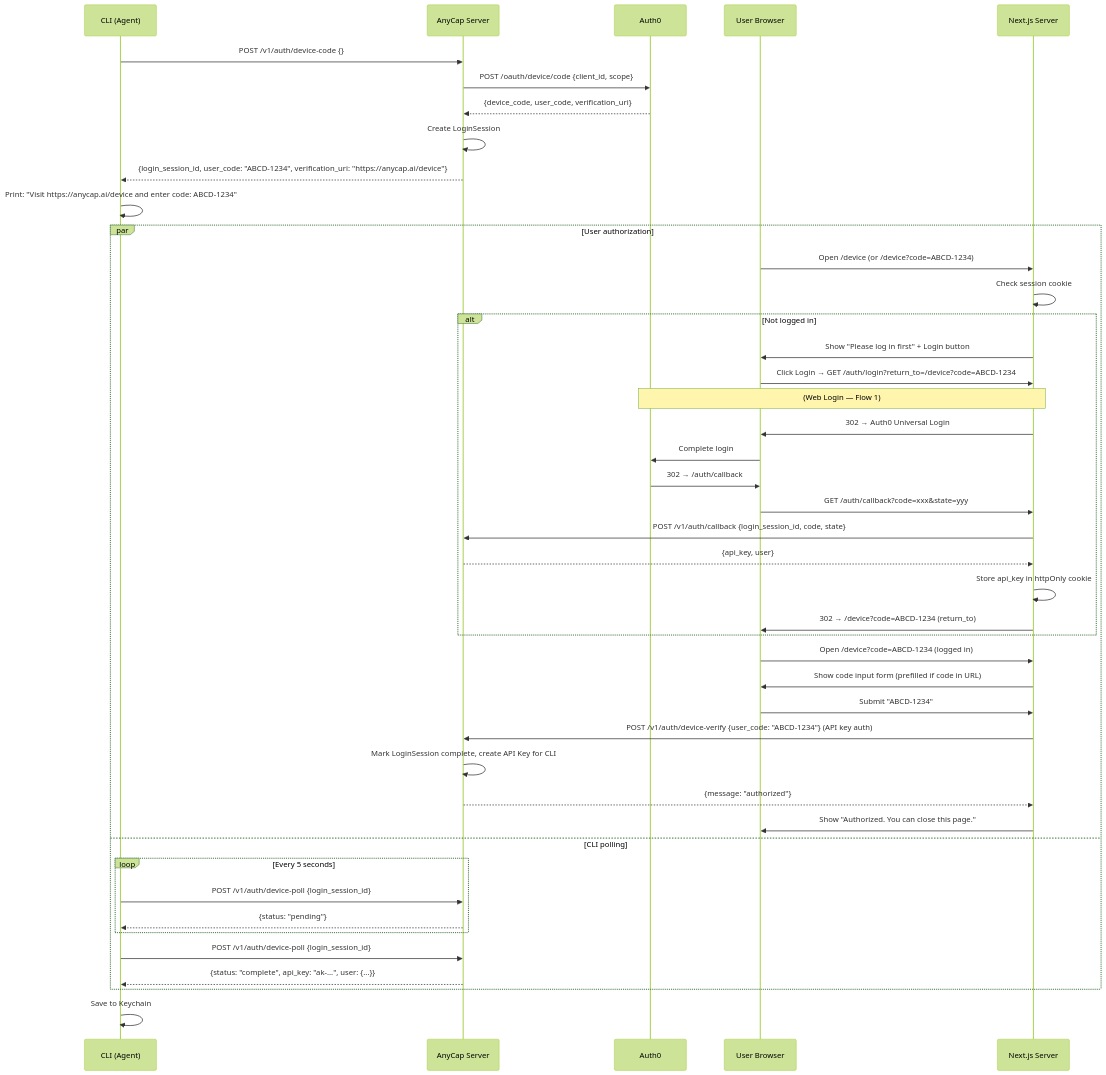
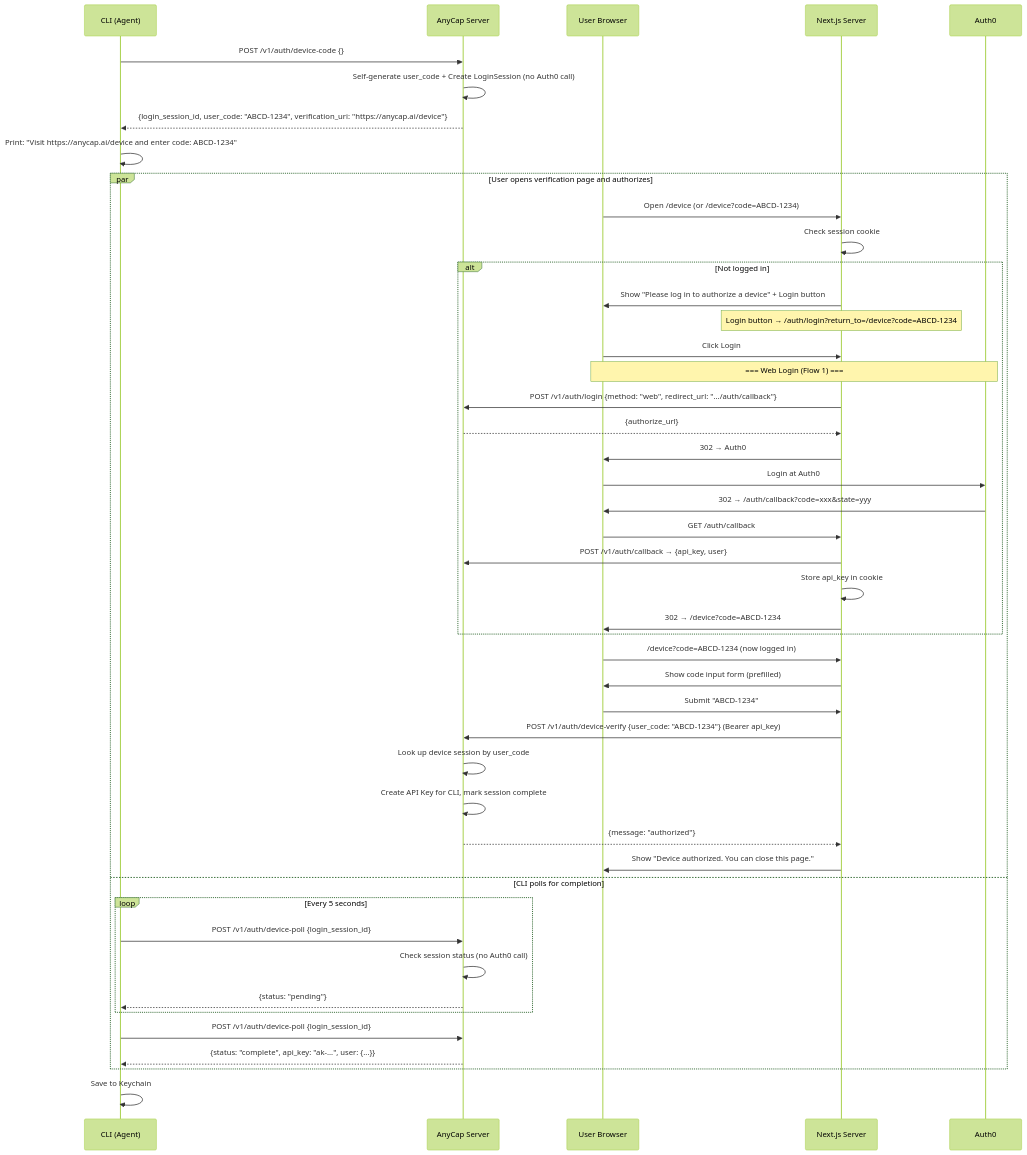
One commit to anycap-ai/anycap changed the third of 3 diagrams in docs/plans/2026-03-26-web-auth-flows.md. Above: the diagram before and after it, drawn with Mermaid (forest theme). The commit also changed other lines of this file and 1 other file, not shown here.

Commit message:
docs: up web auth

````diff
--- a/docs/plans/2026-03-26-web-auth-flows.md
+++ b/docs/plans/2026-03-26-web-auth-flows.md
@@ -127,50 +134,55 @@
 ```mermaid
 sequenceDiagram
     participant C as CLI (Agent)
     participant S as AnyCap Server
-    participant A as Auth0
     participant B as User Browser
     participant N as Next.js Server
+    participant A as Auth0
 
     C->>S: POST /v1/auth/device-code {}
-    S->>A: POST /oauth/device/code {client_id, scope}
-    A-->>S: {device_code, user_code, verification_uri}
-    S->>S: Create LoginSession
+    S->>S: Self-generate user_code + Create LoginSession (no Auth0 call)
     S-->>C: {login_session_id, user_code: "ABCD-1234", verification_uri: "https://anycap.ai/device"}
 
     C->>C: Print: "Visit https://anycap.ai/device and enter code: ABCD-1234"
 
-    par User authorization
+    par User opens verification page and authorizes
         B->>N: Open /device (or /device?code=ABCD-1234)
         N->>N: Check session cookie
+
         alt Not logged in
-            N->>B: Show "Please log in first" + Login button
-            B->>N: Click Login → GET /auth/login?return_to=/device?code=ABCD-1234
-            Note over N,A: (Web Login — Flow 1)
-            N->>B: 302 → Auth0 Universal Login
-            B->>A: Complete login
-            A->>B: 302 → /auth/callback
-            B->>N: GET /auth/callback?code=xxx&state=yyy
-            N->>S: POST /v1/auth/callback {login_session_id, code, state}
-            S-->>N: {api_key, user}
-            N->>N: Store api_key in httpOnly cookie
-            N->>B: 302 → /device?code=ABCD-1234 (return_to)
+            N->>B: Show "Please log in to authorize a device" + Login button
+            Note over N: Login button → /auth/login?return_to=/device?code=ABCD-1234
+            B->>N: Click Login
+            Note over B,A: === Web Login (Flow 1) ===
+            N->>S: POST /v1/auth/login {method: "web", redirect_url: ".../auth/callback"}
+            S-->>N: {authorize_url}
+            N->>B: 302 → Auth0
+            B->>A: Login at Auth0
+            A->>B: 302 → /auth/callback?code=xxx&state=yyy
+            B->>N: GET /auth/callback
+            N->>S: POST /v1/auth/callback → {api_key, user}
+            N->>N: Store api_key in cookie
+            N->>B: 302 → /device?code=ABCD-1234
         end
-        B->>N: Open /device?code=ABCD-1234 (logged in)
-        N->>B: Show code input form (prefilled if code in URL)
+
+        B->>N: /device?code=ABCD-1234 (now logged in)
+        N->>B: Show code input form (prefilled)
         B->>N: Submit "ABCD-1234"
-        N->>S: POST /v1/auth/device-verify {user_code: "ABCD-1234"} (API key auth)
-        S->>S: Mark LoginSession complete, create API Key for CLI
+        N->>S: POST /v1/auth/device-verify {user_code: "ABCD-1234"} (Bearer api_key)
+        S->>S: Look up device session by user_code
+        S->>S: Create API Key for CLI, mark session complete
         S-->>N: {message: "authorized"}
-        N->>B: Show "Authorized. You can close this page."
-    and CLI polling
+        N->>B: Show "Device authorized. You can close this page."
+
+    and CLI polls for completion
         loop Every 5 seconds
             C->>S: POST /v1/auth/device-poll {login_session_id}
+            S->>S: Check session status (no Auth0 call)
             S-->>C: {status: "pending"}
         end
         C->>S: POST /v1/auth/device-poll {login_session_id}
         S-->>C: {status: "complete", api_key: "ak-...", user: {...}}
     end
 
     C->>C: Save to Keychain
 ```
````
